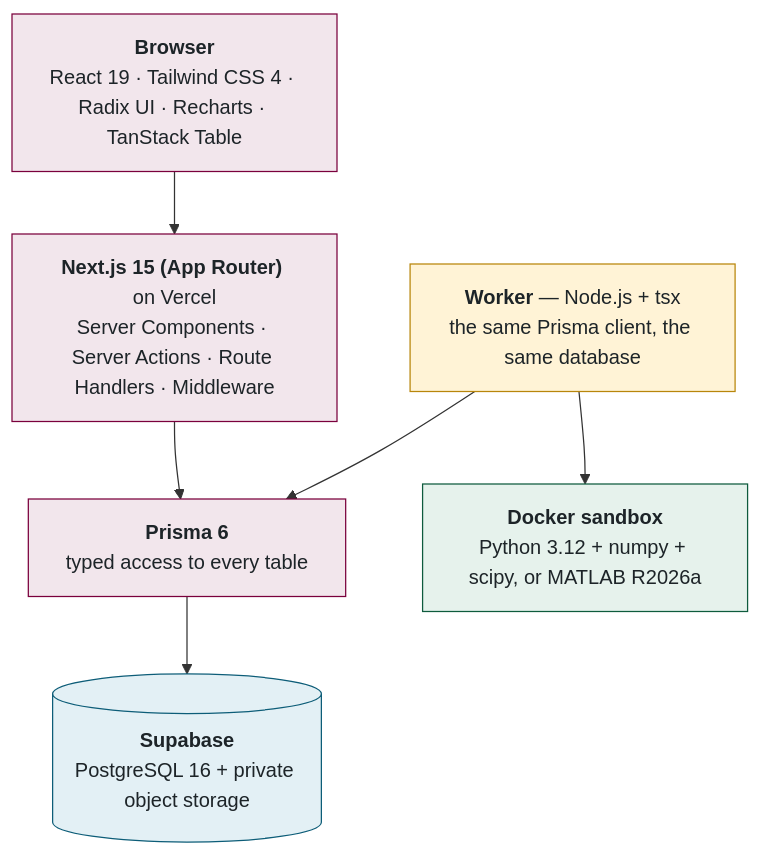
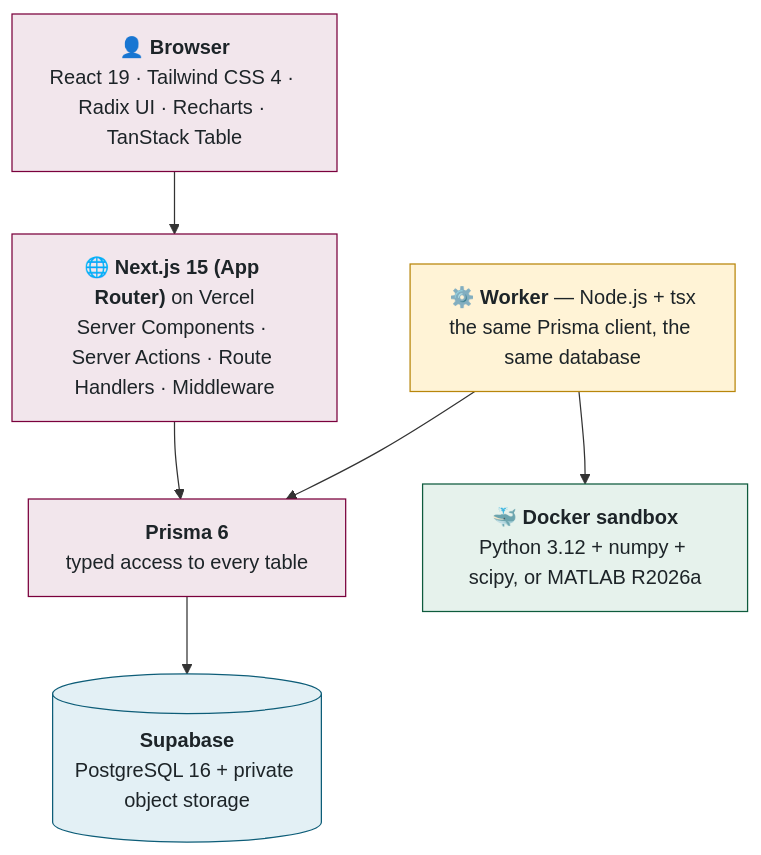
One commit to McMaster-Battery-Research-Group/battery-soc-benchmark changed the first of 2 diagrams in docs/walkthrough/03-the-tools-and-libraries-and-why-each-one.md. Above: the diagram before and after it, drawn with Mermaid. The commit also changed other lines of this file and 38 other files, not shown here.

Commit message:
Walkthrough: consistent icon system (icon key, part and section icons, diagram labels) + tool/company logos

````diff
--- a/docs/walkthrough/03-the-tools-and-libraries-and-why-each-one.md
+++ b/docs/walkthrough/03-the-tools-and-libraries-and-why-each-one.md
@@ -7,20 +7,20 @@
 ```mermaid
 flowchart TB
-    A["<b>Browser</b><br/>React 19 · Tailwind CSS 4 · Radix UI · Recharts · TanStack Table"]
-    B["<b>Next.js 15 (App Router)</b> on Vercel<br/>Server Components · Server Actions · Route Handlers · Middleware"]
+    A["👤 <b>Browser</b><br/>React 19 · Tailwind CSS 4 · Radix UI · Recharts · TanStack Table"]
+    B["🌐 <b>Next.js 15 (App Router)</b> on Vercel<br/>Server Components · Server Actions · Route Handlers · Middleware"]
     C["<b>Prisma 6</b><br/>typed access to every table"]
     D[("<b>Supabase</b><br/>PostgreSQL 16 + private object storage")]
-    E["<b>Worker</b> — Node.js + tsx<br/>the same Prisma client, the same database"]
-    F["<b>Docker sandbox</b><br/>Python 3.12 + numpy + scipy, or MATLAB R2026a"]
+    E["⚙️ <b>Worker</b> — Node.js + tsx<br/>the same Prisma client, the same database"]
+    F["🐳 <b>Docker sandbox</b><br/>Python 3.12 + numpy + scipy, or MATLAB R2026a"]
     A --> B --> C --> D
     E --> C
     E --> F
     classDef web fill:#F2E6EC,stroke:#7A003C,color:#1d2428
     classDef worker fill:#FFF3D6,stroke:#B8860B,color:#1d2428
     classDef sandbox fill:#E6F2EC,stroke:#0E5B3D,color:#1d2428
     classDef data fill:#E3F0F5,stroke:#0D5D78,color:#1d2428
     class A,B,C web
     class D data
     class E worker
     class F sandbox
 ```
````
